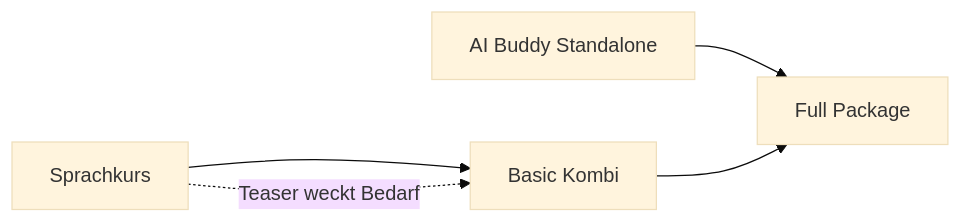
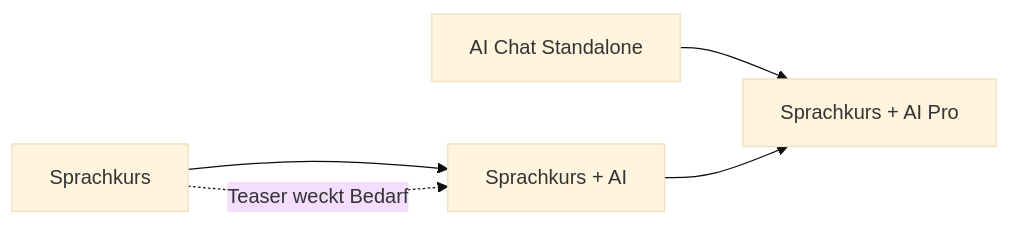
The diagram in docs/restructure/01_TARIFE_UND_FEATURES.md (jaxn58/srpski-learn-buddy), drawn with Mermaid (base theme) before and after one commit. The commit also changed other lines of this file and 44 other files, not shown here.

````diff
--- a/docs/restructure/01_TARIFE_UND_FEATURES.md
+++ b/docs/restructure/01_TARIFE_UND_FEATURES.md
@@ -122,7 +122,7 @@
 ```mermaid
 flowchart LR
-  Course["Sprachkurs"] --> Basic["Basic Kombi"]
-  Buddy["AI Buddy Standalone"] --> Full["Full Package"]
-  Basic --> Full
-  Course -. "Teaser weckt Bedarf" .-> Basic
+  Course["Sprachkurs"] --> CourseAi["Sprachkurs + AI"]
+  Standalone["AI Chat Standalone"] --> Pro["Sprachkurs + AI Pro"]
+  CourseAi --> Pro
+  Course -. "Teaser weckt Bedarf" .-> CourseAi
 ```
````
